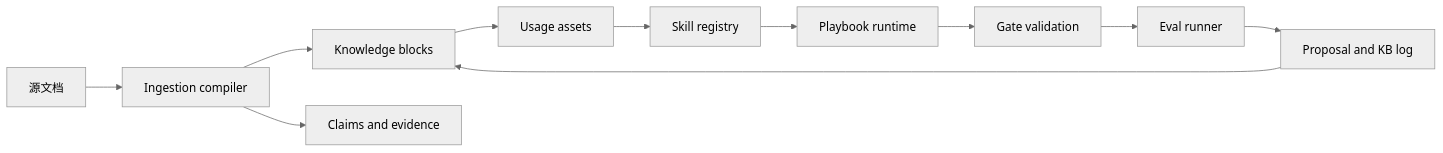
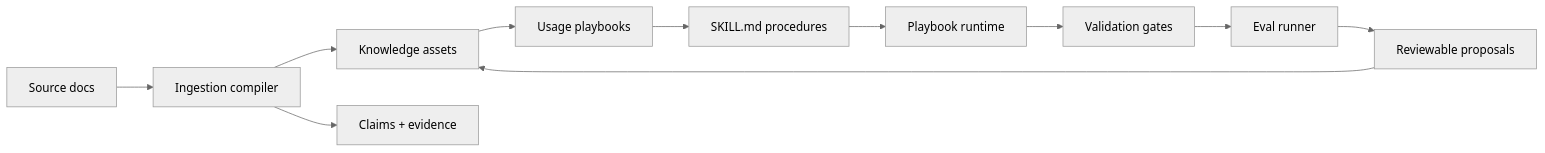
Before and after one commit to 2sao7sao/EvolveKB: the diagram in README.zh.md, drawn with Mermaid (neutral theme). The commit also changed other lines of this file and 1 other file, not shown here.

````diff
--- a/README.zh.md
+++ b/README.zh.md
@@ -64,13 +139,13 @@
 ```mermaid
 flowchart LR
-    A["源文档"] --> B["Ingestion compiler"]
-    B --> C["Knowledge blocks"]
-    B --> D["Claims and evidence"]
-    C --> E["Usage assets"]
-    E --> F["Skill registry"]
-    F --> G["Playbook runtime"]
-    G --> H["Gate validation"]
-    H --> I["Eval runner"]
-    I --> J["Proposal and KB log"]
-    J --> C
+  A["Source docs"] --> B["Ingestion compiler"]
+  B --> C["Knowledge assets"]
+  B --> D["Claims + evidence"]
+  C --> E["Usage playbooks"]
+  E --> F["SKILL.md procedures"]
+  F --> G["Playbook runtime"]
+  G --> H["Validation gates"]
+  H --> I["Eval runner"]
+  I --> J["Reviewable proposals"]
+  J --> C
 ```
````
